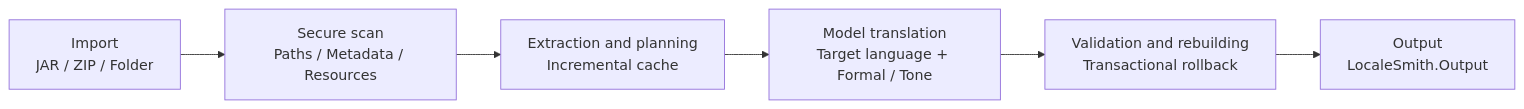
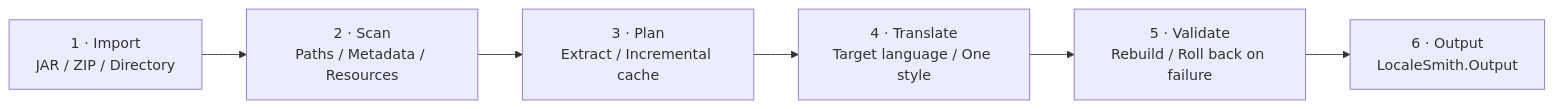
One commit to DZXH-TX/LocaleSmith changed the diagram in README.en.md. Above: the diagram before and after it, drawn with Mermaid. The commit also changed other lines of this file, not shown here.

````diff
--- a/README.en.md
+++ b/README.en.md
@@ -182,8 +183,8 @@
 ```mermaid
 flowchart LR
-    A["Import<br/>JAR / ZIP / Folder"] --> B["Secure scan<br/>Paths / Metadata / Resources"]
-    B --> C["Extraction and planning<br/>Incremental cache"]
-    C --> D["Model translation<br/>Target language + Formal / Tone"]
-    D --> E["Validation and rebuilding<br/>Transactional rollback"]
-    E --> F["Output<br/>LocaleSmith.Output"]
+    A["1 · Import<br/>JAR / ZIP / Directory"] --> B["2 · Scan<br/>Paths / Metadata / Resources"]
+    B --> C["3 · Plan<br/>Extract / Incremental cache"]
+    C --> D["4 · Translate<br/>Target language / One style"]
+    D --> E["5 · Validate<br/>Rebuild / Roll back on failure"]
+    E --> F["6 · Output<br/>LocaleSmith.Output"]
 ```
````
